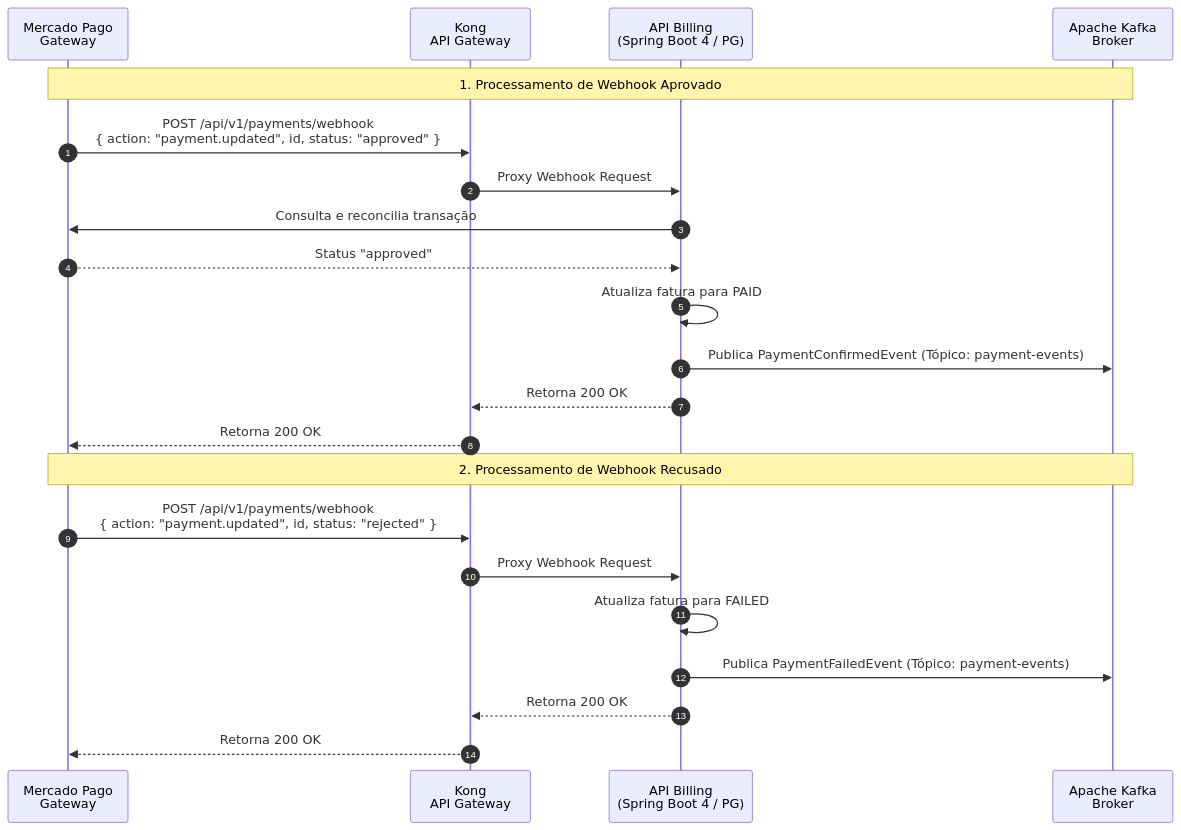
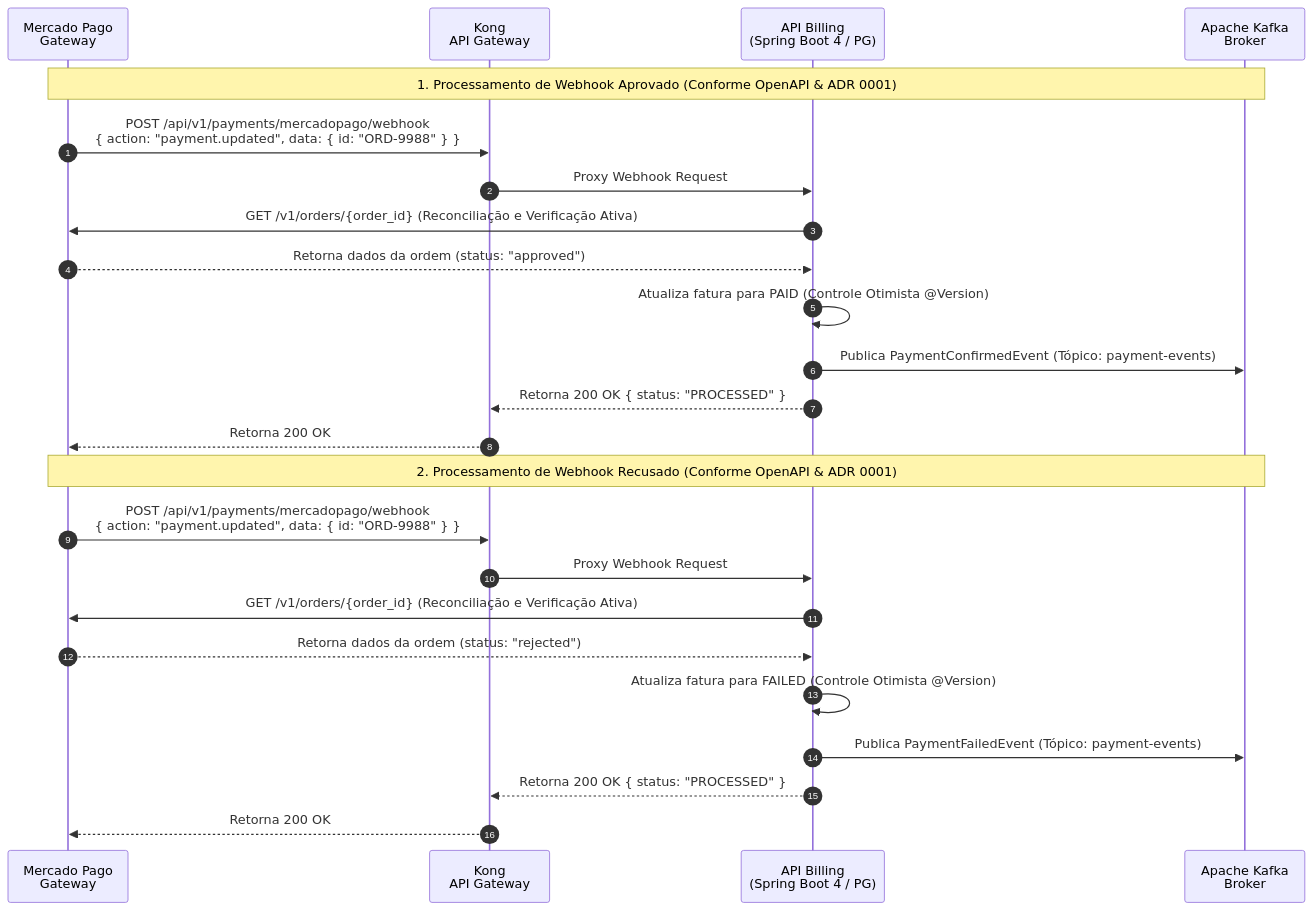
Before and after one commit to rodsordi/15soat-phase4-e2e: the diagram in src/test/resources/features/billing/payment_webhook_processing.md, drawn with Mermaid. The commit also changed other lines of this file and 7 other files, not shown here.

````diff
--- a/src/test/resources/features/billing/payment_webhook_processing.md
+++ b/src/test/resources/features/billing/payment_webhook_processing.md
@@ -16,28 +16,30 @@
 ```mermaid
 sequenceDiagram
     autonumber
     participant MP as Mercado Pago<br/>Gateway
     participant Kong as Kong<br/>API Gateway
     participant Billing as API Billing<br/>(Spring Boot 4 / PG)
     participant Kafka as Apache Kafka<br/>Broker
 
     %% Pagamento Aprovado
-    Note over MP,Kafka: 1. Processamento de Webhook Aprovado
-    MP->>Kong: POST /api/v1/payments/webhook<br/>{ action: "payment.updated", id, status: "approved" }
+    Note over MP,Kafka: 1. Processamento de Webhook Aprovado (Conforme OpenAPI & ADR 0001)
+    MP->>Kong: POST /api/v1/payments/mercadopago/webhook<br/>{ action: "payment.updated", data: { id: "ORD-9988" } }
     Kong->>Billing: Proxy Webhook Request
-    Billing->>MP: Consulta e reconcilia transação
-    MP-->>Billing: Status "approved"
-    Billing->>Billing: Atualiza fatura para PAID
+    Billing->>MP: GET /v1/orders/{order_id} (Reconciliação e Verificação Ativa)
+    MP-->>Billing: Retorna dados da ordem (status: "approved")
+    Billing->>Billing: Atualiza fatura para PAID (Controle Otimista @Version)
     Billing->>Kafka: Publica PaymentConfirmedEvent (Tópico: payment-events)
-    Billing-->>Kong: Retorna 200 OK
+    Billing-->>Kong: Retorna 200 OK { status: "PROCESSED" }
     Kong-->>MP: Retorna 200 OK
 
     %% Pagamento Recusado
-    Note over MP,Kafka: 2. Processamento de Webhook Recusado
-    MP->>Kong: POST /api/v1/payments/webhook<br/>{ action: "payment.updated", id, status: "rejected" }
+    Note over MP,Kafka: 2. Processamento de Webhook Recusado (Conforme OpenAPI & ADR 0001)
+    MP->>Kong: POST /api/v1/payments/mercadopago/webhook<br/>{ action: "payment.updated", data: { id: "ORD-9988" } }
     Kong->>Billing: Proxy Webhook Request
-    Billing->>Billing: Atualiza fatura para FAILED
+    Billing->>MP: GET /v1/orders/{order_id} (Reconciliação e Verificação Ativa)
+    MP-->>Billing: Retorna dados da ordem (status: "rejected")
+    Billing->>Billing: Atualiza fatura para FAILED (Controle Otimista @Version)
     Billing->>Kafka: Publica PaymentFailedEvent (Tópico: payment-events)
-    Billing-->>Kong: Retorna 200 OK
+    Billing-->>Kong: Retorna 200 OK { status: "PROCESSED" }
     Kong-->>MP: Retorna 200 OK
 ```
````
